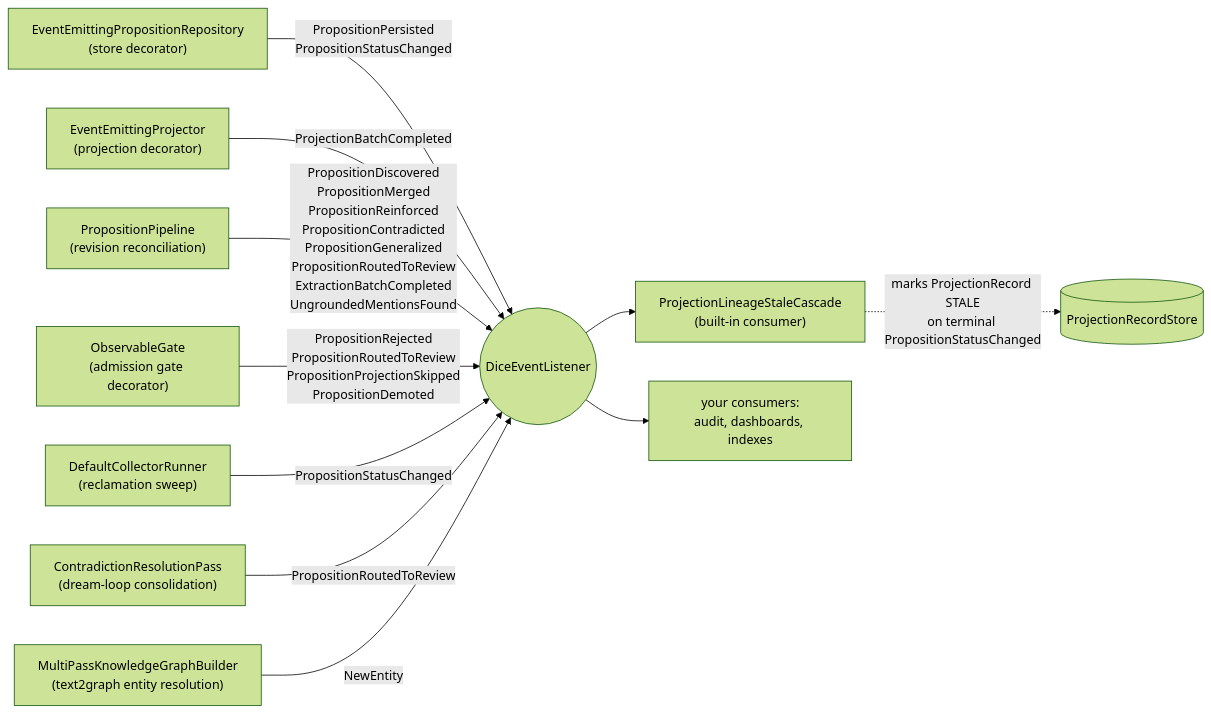
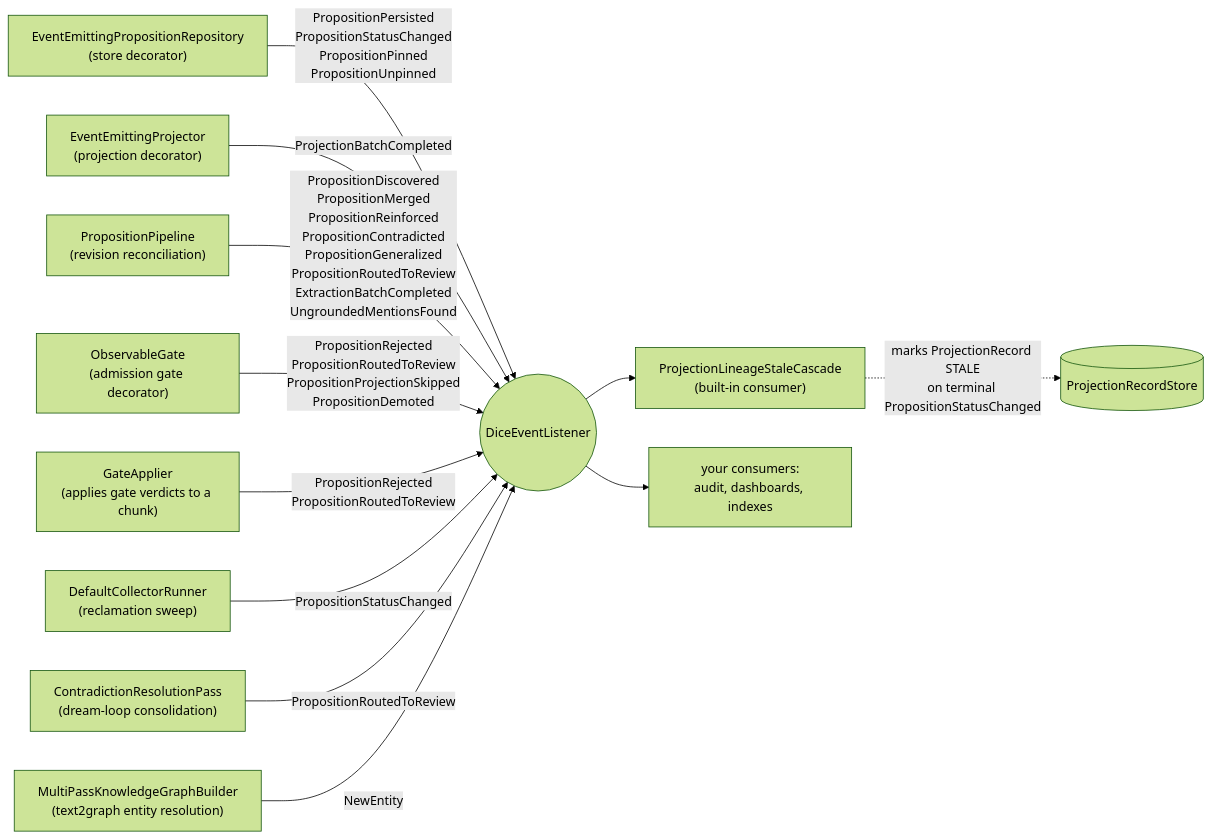
One commit to embabel/dice changed the third of 3 diagrams in docs/design/events.md. Above: the diagram before and after it, drawn with Mermaid (forest theme). The commit also changed other lines of this file and 1 other file, not shown here.

Commit message:
Document applying gate verdicts and the pin and unpin events

````diff
--- a/docs/design/events.md
+++ b/docs/design/events.md
@@ -107,13 +116,14 @@
 ```mermaid
 flowchart LR
-    REPO["EventEmittingPropositionRepository<br/>(store decorator)"] -->|"PropositionPersisted<br/>PropositionStatusChanged"| L((DiceEventListener))
+    REPO["EventEmittingPropositionRepository<br/>(store decorator)"] -->|"PropositionPersisted<br/>PropositionStatusChanged<br/>PropositionPinned<br/>PropositionUnpinned"| L((DiceEventListener))
     PROJ["EventEmittingProjector<br/>(projection decorator)"] -->|ProjectionBatchCompleted| L
     PIPE["PropositionPipeline<br/>(revision reconciliation)"] -->|"PropositionDiscovered<br/>PropositionMerged<br/>PropositionReinforced<br/>PropositionContradicted<br/>PropositionGeneralized<br/>PropositionRoutedToReview<br/>ExtractionBatchCompleted<br/>UngroundedMentionsFound"| L
     GATE["ObservableGate<br/>(admission gate decorator)"] -->|"PropositionRejected<br/>PropositionRoutedToReview<br/>PropositionProjectionSkipped<br/>PropositionDemoted"| L
+    APPLY["GateApplier<br/>(applies gate verdicts to a chunk)"] -->|"PropositionRejected<br/>PropositionRoutedToReview"| L
     COLLECTOR["DefaultCollectorRunner<br/>(reclamation sweep)"] -->|PropositionStatusChanged| L
     DREAM["ContradictionResolutionPass<br/>(dream-loop consolidation)"] -->|PropositionRoutedToReview| L
     T2G["MultiPassKnowledgeGraphBuilder<br/>(text2graph entity resolution)"] -->|NewEntity| L
     L --> CASCADE["ProjectionLineageStaleCascade<br/>(built-in consumer)"]
     L --> C["your consumers:<br/>audit, dashboards, indexes"]
     CASCADE -.->|"marks ProjectionRecord STALE<br/>on terminal PropositionStatusChanged"| LIN[(ProjectionRecordStore)]
 ```
````
